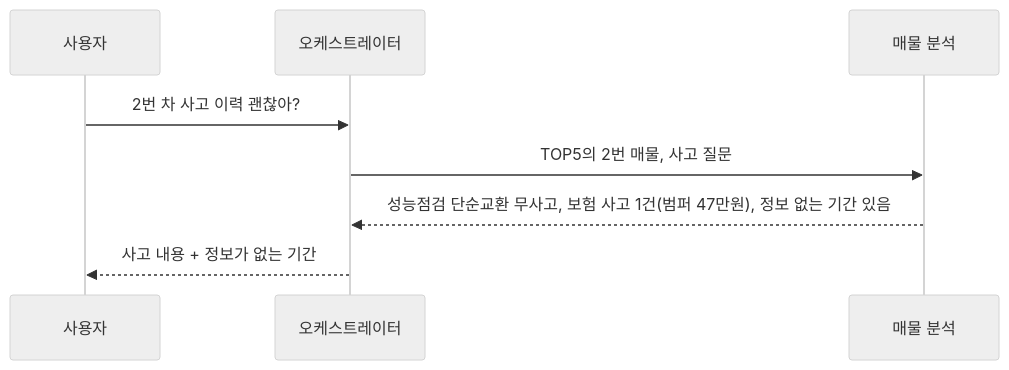
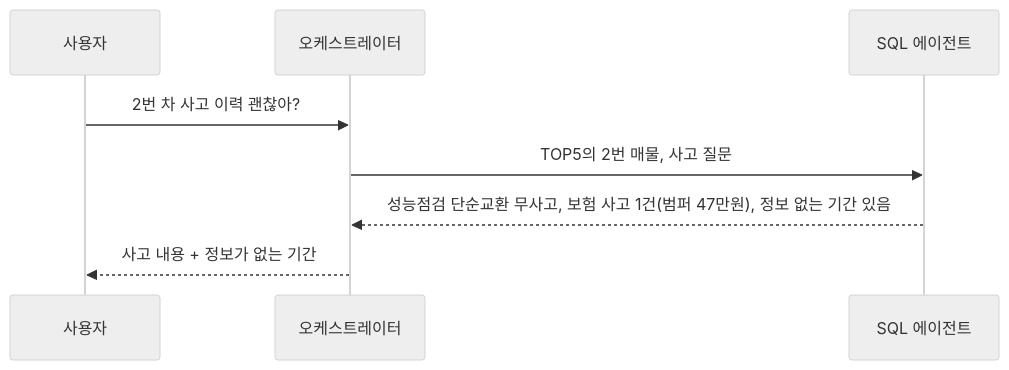
Before and after one commit to Jacod97/car-recommend-agent: the fourth of 6 diagrams in docs/agent-design.md, drawn with Mermaid (neutral theme). The commit also changed other lines of this file and 2 other files, not shown here.

````diff
--- a/docs/agent-design.md
+++ b/docs/agent-design.md
@@ -113,10 +119,10 @@
 ```mermaid
 sequenceDiagram
     participant U as 사용자
     participant O as 오케스트레이터
-    participant I as 매물 분석
+    participant I as SQL 에이전트
     U->>O: 2번 차 사고 이력 괜찮아?
     O->>I: TOP5의 2번 매물, 사고 질문
     I-->>O: 성능점검 단순교환 무사고, 보험 사고 1건(범퍼 47만원), 정보 없는 기간 있음
     O-->>U: 사고 내용 + 정보가 없는 기간
 ```
````
